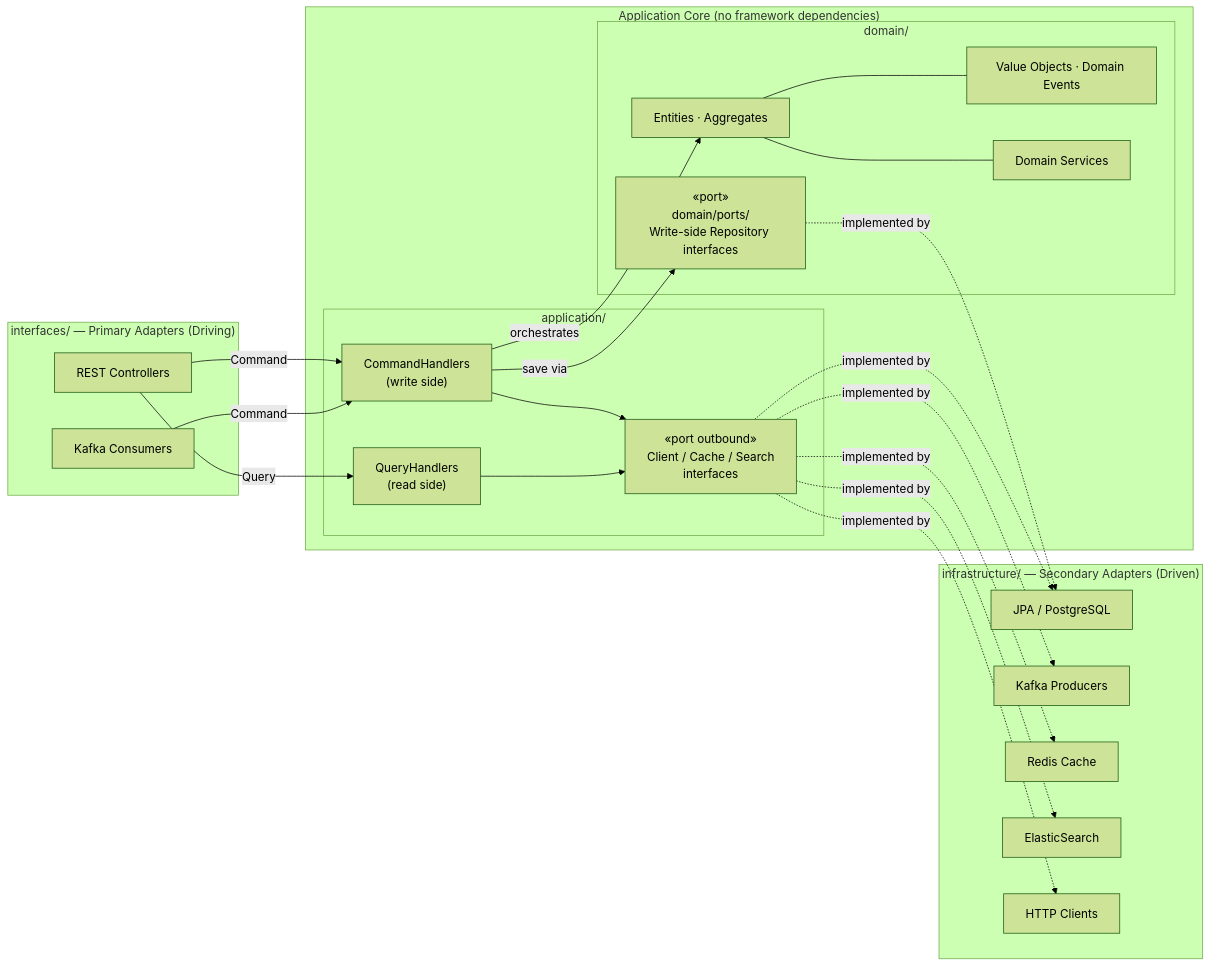
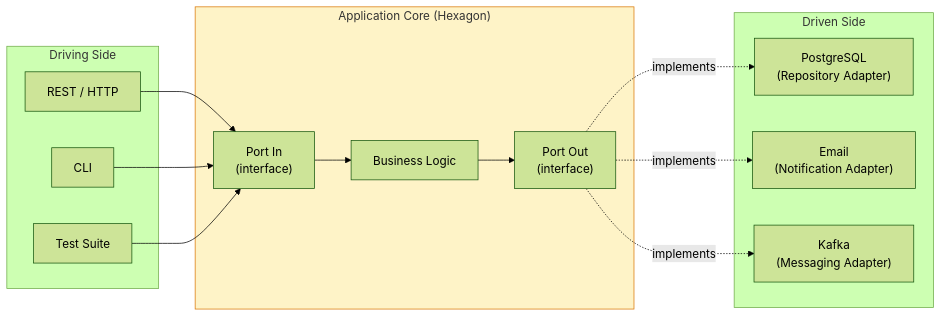
Before and after one commit to ansonli-dev/explicit-architecture: the second of 7 diagrams in README.md, drawn with Mermaid (forest theme). The commit also changed other lines of this file and 22 other files, not shown here.

First line of the commit message:
docs: add bilingual documentation and rewrite README as architecture guide

````diff
--- a/README.md
+++ b/README.md
@@ -62,45 +59,30 @@
 ```mermaid
 graph LR
-    subgraph INT["interfaces/ — Primary Adapters (Driving)"]
-        REST["REST Controllers"]
-        CONS["Kafka Consumers"]
+    subgraph DRIVING["Driving Side"]
+        HTTP["REST / HTTP"]
+        CLI["CLI"]
+        TESTS["Test Suite"]
     end
 
-    subgraph CORE["Application Core  (no framework dependencies)"]
-        subgraph APP["application/"]
-            CMD["CommandHandlers\n(write side)"]
-            QRY["QueryHandlers\n(read side)"]
-            POUT["«port outbound»\nClient / Cache / Search\ninterfaces"]
-        end
-        subgraph DOM["domain/"]
-            AGG["Entities · Aggregates"]
-            VO["Value Objects · Domain Events"]
-            DS["Domain Services"]
-            REPO["«port»\ndomain/ports/\nWrite-side Repository interfaces"]
-        end
+    subgraph CORE["Application Core (Hexagon)"]
+        PIN["Port In\n(interface)"]
+        BL["Business Logic"]
+        POUT["Port Out\n(interface)"]
+        PIN --> BL --> POUT
     end
 
-    subgraph INF["infrastructure/ — Secondary Adapters (Driven)"]
-        JPA["JPA / PostgreSQL"]
-        KAF["Kafka Producers"]
-        RDS["Redis Cache"]
-        ESA["ElasticSearch"]
-        CLI["HTTP Clients"]
+    subgraph DRIVEN["Driven Side"]
+        PG["PostgreSQL\n(Repository Adapter)"]
+        MAIL["Email\n(Notification Adapter)"]
+        KAFKA["Kafka\n(Messaging Adapter)"]
     end
 
-    REST  -->|"Command"      | CMD
-    REST  -->|"Query"        | QRY
-    CONS  -->|"Command"      | CMD
-    CMD   -->                 POUT
-    CMD   -->|"save via"     | REPO
-    CMD   -->|"orchestrates" | AGG
-    QRY   -->                 POUT
-    AGG   ---                 VO
-    AGG   ---                 DS
-    REPO  -.->|"implemented by"| JPA
-    POUT  -.->|"implemented by"| JPA
-    POUT  -.->|"implemented by"| KAF
-    POUT  -.->|"implemented by"| RDS
-    POUT  -.->|"implemented by"| ESA
-    POUT  -.->|"implemented by"| CLI
+    HTTP  --> PIN
+    CLI   --> PIN
+    TESTS --> PIN
+    POUT -.->|implements| PG
+    POUT -.->|implements| MAIL
+    POUT -.->|implements| KAFKA
+
+    style CORE fill:#fef3c7,stroke:#d97706
 ```
````
